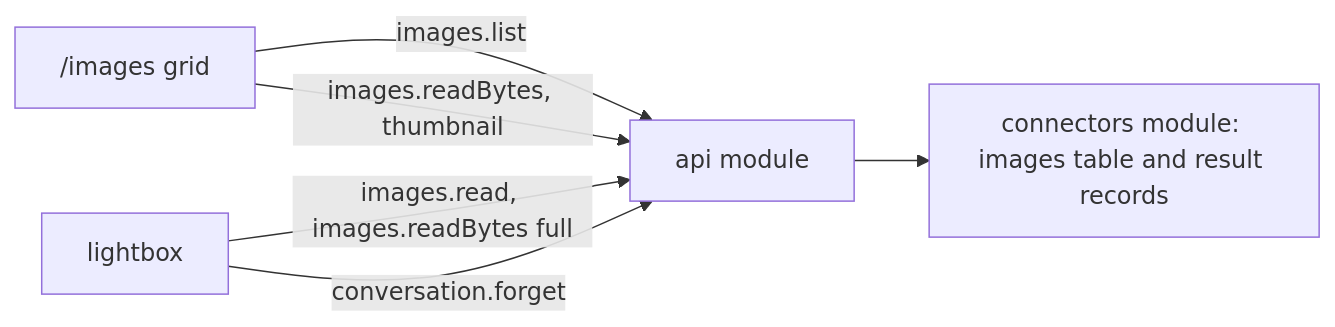
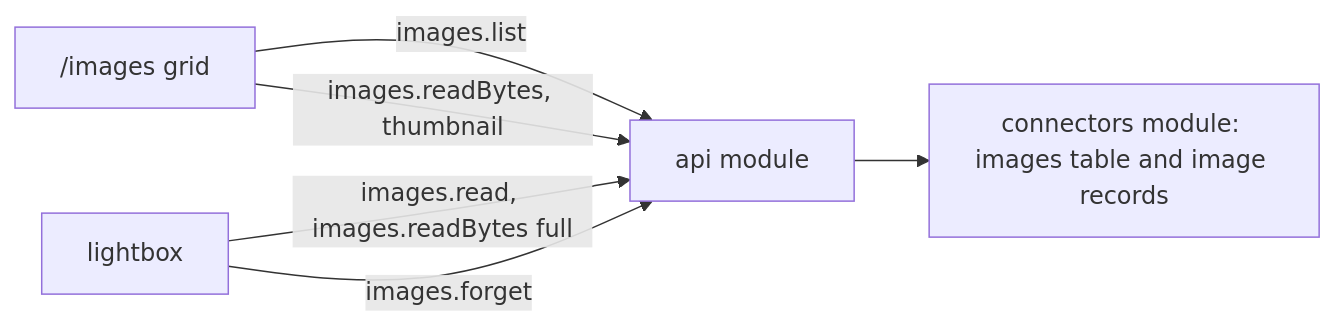
One commit to zgeoff/nixie changed the diagram in docs/design/queue/image-gallery.md. Above: the diagram before and after it, drawn with Mermaid. The commit also changed other lines of this file, not shown here.

Commit message:
docs(design): forget the whole image from the images page

````diff
--- a/docs/design/queue/image-gallery.md
+++ b/docs/design/queue/image-gallery.md
@@ -17,8 +18,8 @@
 ```mermaid
 flowchart LR
   page["/images grid"] -->|"images.list"| api[api module]
   page -->|"images.readBytes, thumbnail"| api
   lightbox[lightbox] -->|"images.read, images.readBytes full"| api
-  lightbox -->|"conversation.forget"| api
-  api --> connectors[connectors module: images table and result records]
+  lightbox -->|"images.forget"| api
+  api --> connectors[connectors module: images table and image records]
 ```
````
